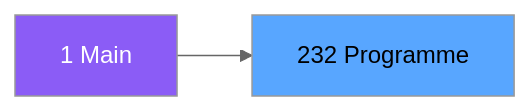
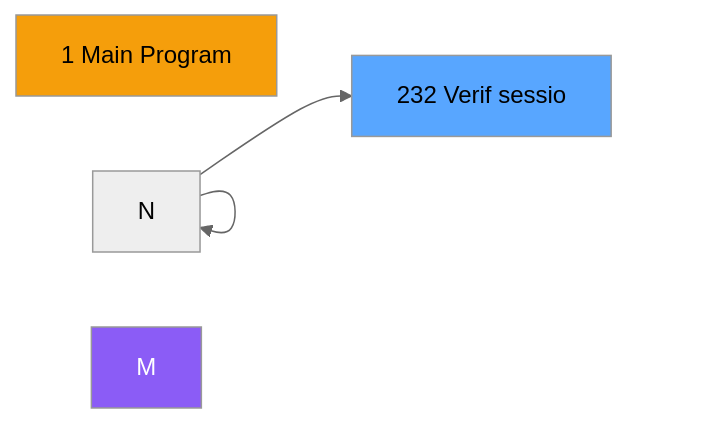
The second of 3 diagrams in .openspec/specs/ADH-IDE-232.md (thonyAGP/magic-migration), drawn with Mermaid (neutral theme) before and after one commit. The commit also changed other lines of this file and 323 other files, not shown here.

````diff
--- a/.openspec/specs/ADH-IDE-232.md
+++ b/.openspec/specs/ADH-IDE-232.md
@@ -98,8 +107,11 @@
 ```mermaid
 graph LR
-    M[1 Main]
-    T[232 Programme]
-    M --> T
+    N1[1 Main Program]
+    T[232 Verif sessio]
+    N --> N
+    N --> N
+    N --> T
     style M fill:#8b5cf6,color:#fff
+    style N1 fill:#f59e0b
     style T fill:#58a6ff,color:#000
 ```
````
